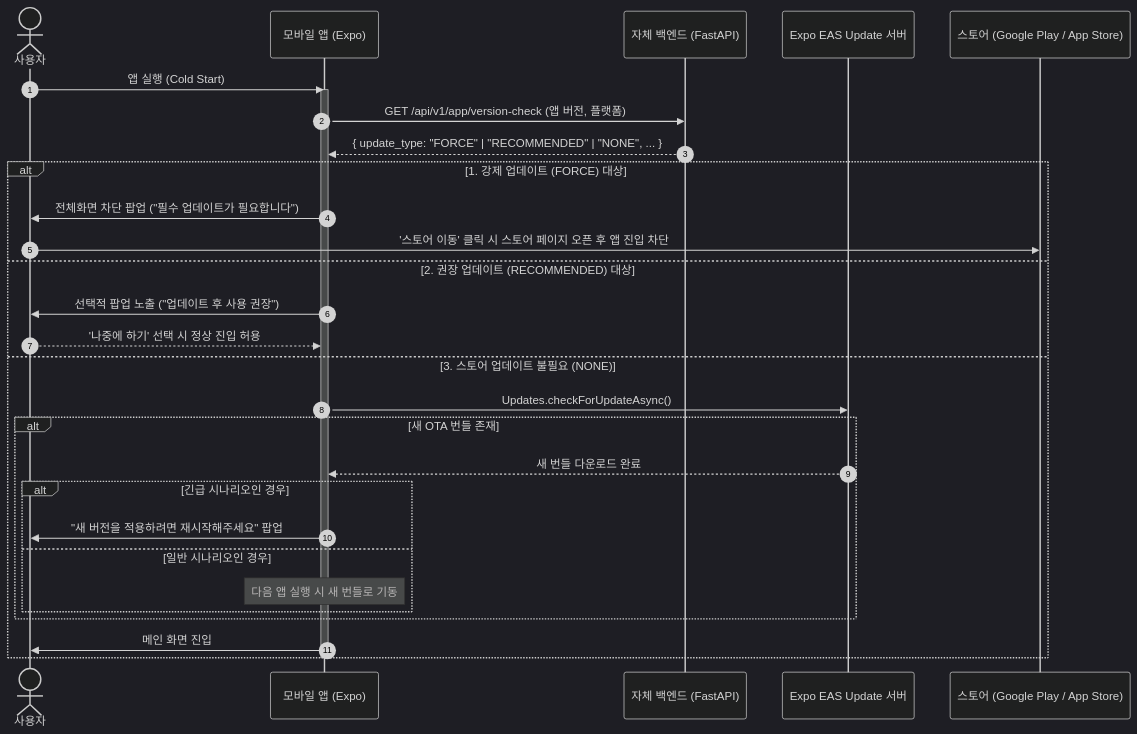
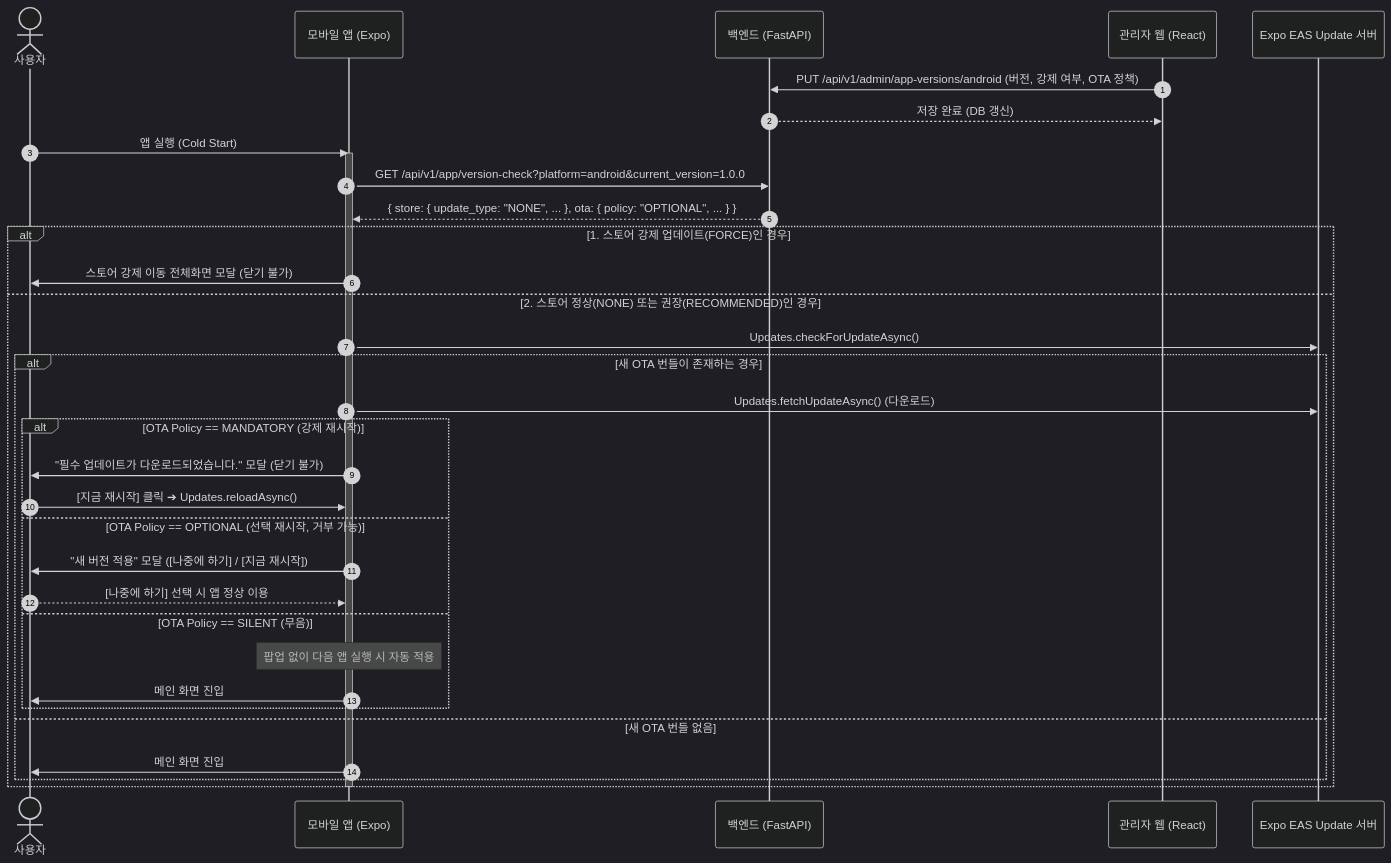
The diagram in docs/app_update_management_spec.md (kyuseokyi/stock_app), drawn with Mermaid (dark theme) before and after one commit. The commit also changed other lines of this file and 1 other file, not shown here.

Commit message:
docs: 관리자 앱 버전 제어 및 OTA 필수/거부 정책 스펙 보강

````diff
--- a/docs/app_update_management_spec.md
+++ b/docs/app_update_management_spec.md
@@ -51,34 +55,39 @@
 ```mermaid
 sequenceDiagram
     autonumber
     actor User as 사용자
     participant App as 모바일 앱 (Expo)
-    participant Server as 자체 백엔드 (FastAPI)
+    participant Server as 백엔드 (FastAPI)
+    participant Admin as 관리자 웹 (React)
     participant EAS as Expo EAS Update 서버
-    participant Store as 스토어 (Google Play / App Store)
+
+    Admin->>Server: PUT /api/v1/admin/app-versions/android (버전, 강제 여부, OTA 정책)
+    Server-->>Admin: 저장 완료 (DB 갱신)
 
     User->>App: 앱 실행 (Cold Start)
     activate App
-    App->>Server: GET /api/v1/app/version-check (앱 버전, 플랫폼)
-    Server-->>App: { update_type: "FORCE" | "RECOMMENDED" | "NONE", ... }
+    App->>Server: GET /api/v1/app/version-check?platform=android&current_version=1.0.0
+    Server-->>App: { store: { update_type: "NONE", ... }, ota: { policy: "OPTIONAL", ... } }
 
-    alt 1. 강제 업데이트 (FORCE) 대상
-        App->>User: 전체화면 차단 팝업 ("필수 업데이트가 필요합니다")
-        User->>Store: '스토어 이동' 클릭 시 스토어 페이지 오픈 후 앱 진입 차단
-    else 2. 권장 업데이트 (RECOMMENDED) 대상
-        App->>User: 선택적 팝업 노출 ("업데이트 후 사용 권장")
-        User-->>App: '나중에 하기' 선택 시 정상 진입 허용
-    else 3. 스토어 업데이트 불필요 (NONE)
+    alt 1. 스토어 강제 업데이트(FORCE)인 경우
+        App->>User: 스토어 강제 이동 전체화면 모달 (닫기 불가)
+    else 2. 스토어 정상(NONE) 또는 권장(RECOMMENDED)인 경우
         App->>EAS: Updates.checkForUpdateAsync()
-        alt 새 OTA 번들 존재
-            EAS-->>App: 새 번들 다운로드 완료
-            alt 긴급 시나리오인 경우
-                App->>User: "새 버전을 적용하려면 재시작해주세요" 팝업
-            else 일반 시나리오인 경우
-                Note over App: 다음 앱 실행 시 새 번들로 기동
+        alt 새 OTA 번들이 존재하는 경우
+            App->>EAS: Updates.fetchUpdateAsync() (다운로드)
+            alt OTA Policy == MANDATORY (강제 재시작)
+                App->>User: "필수 업데이트가 다운로드되었습니다." 모달 (닫기 불가)
+                User->>App: [지금 재시작] 클릭 ➔ Updates.reloadAsync()
+            else OTA Policy == OPTIONAL (선택 재시작, 거부 가능)
+                App->>User: "새 버전 적용" 모달 ([나중에 하기] / [지금 재시작])
+                User-->>App: [나중에 하기] 선택 시 앱 정상 이용
+            else OTA Policy == SILENT (무음)
+                Note over App: 팝업 없이 다음 앱 실행 시 자동 적용
+                App->>User: 메인 화면 진입
             end
+        else 새 OTA 번들 없음
+            App->>User: 메인 화면 진입
         end
-        App->>User: 메인 화면 진입
     end
     deactivate App
 ```
````
